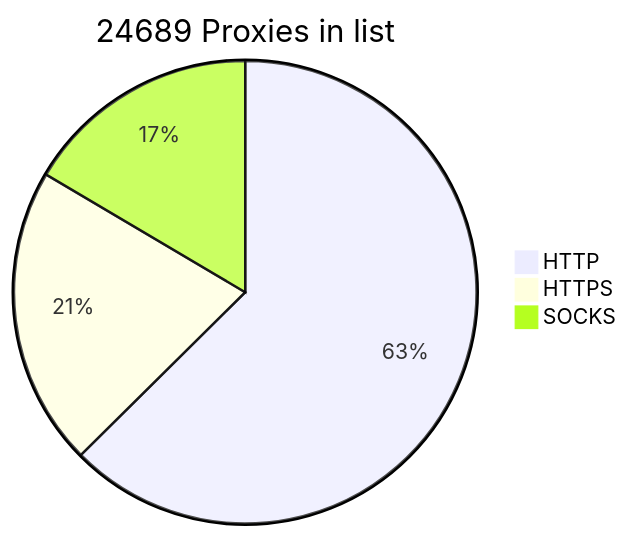
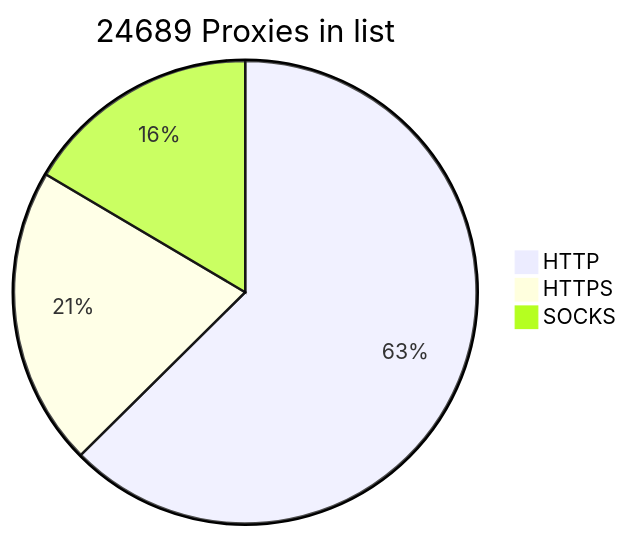
Before and after one commit to BlackSnowDot/proxylist-update-every-minute: the diagram in README.md, drawn with Mermaid.

````diff
--- a/README.md
+++ b/README.md
@@ -2,6 +2,6 @@
 ```mermaid
 pie title 24689 Proxies in list
-    "HTTP" : 17880
+    "HTTP" : 17884
     "HTTPS": 5978
     "SOCKS" : 4715
 ```
````
